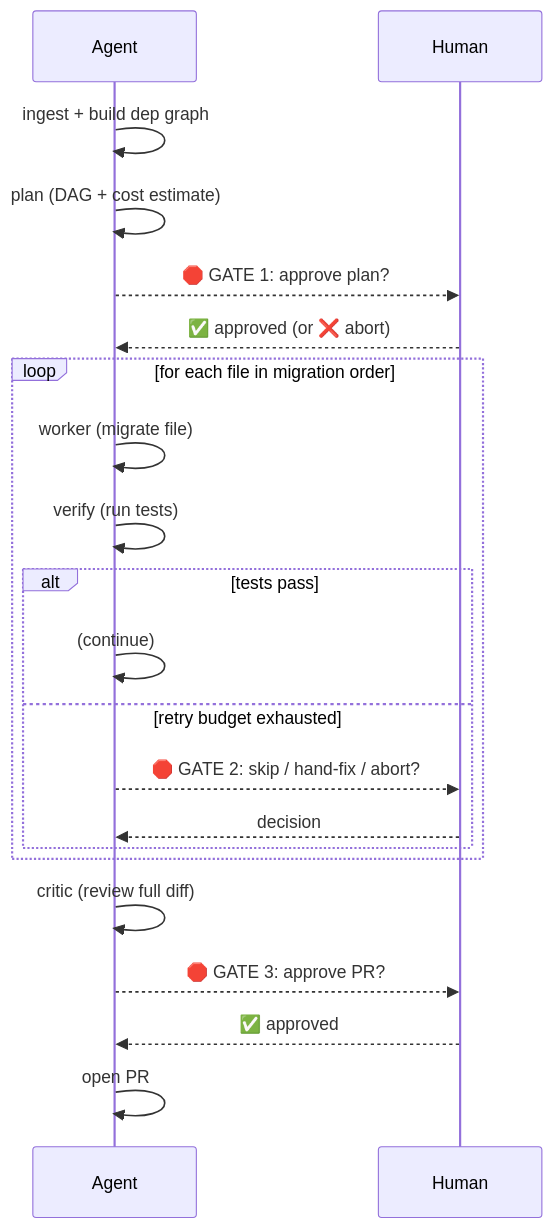
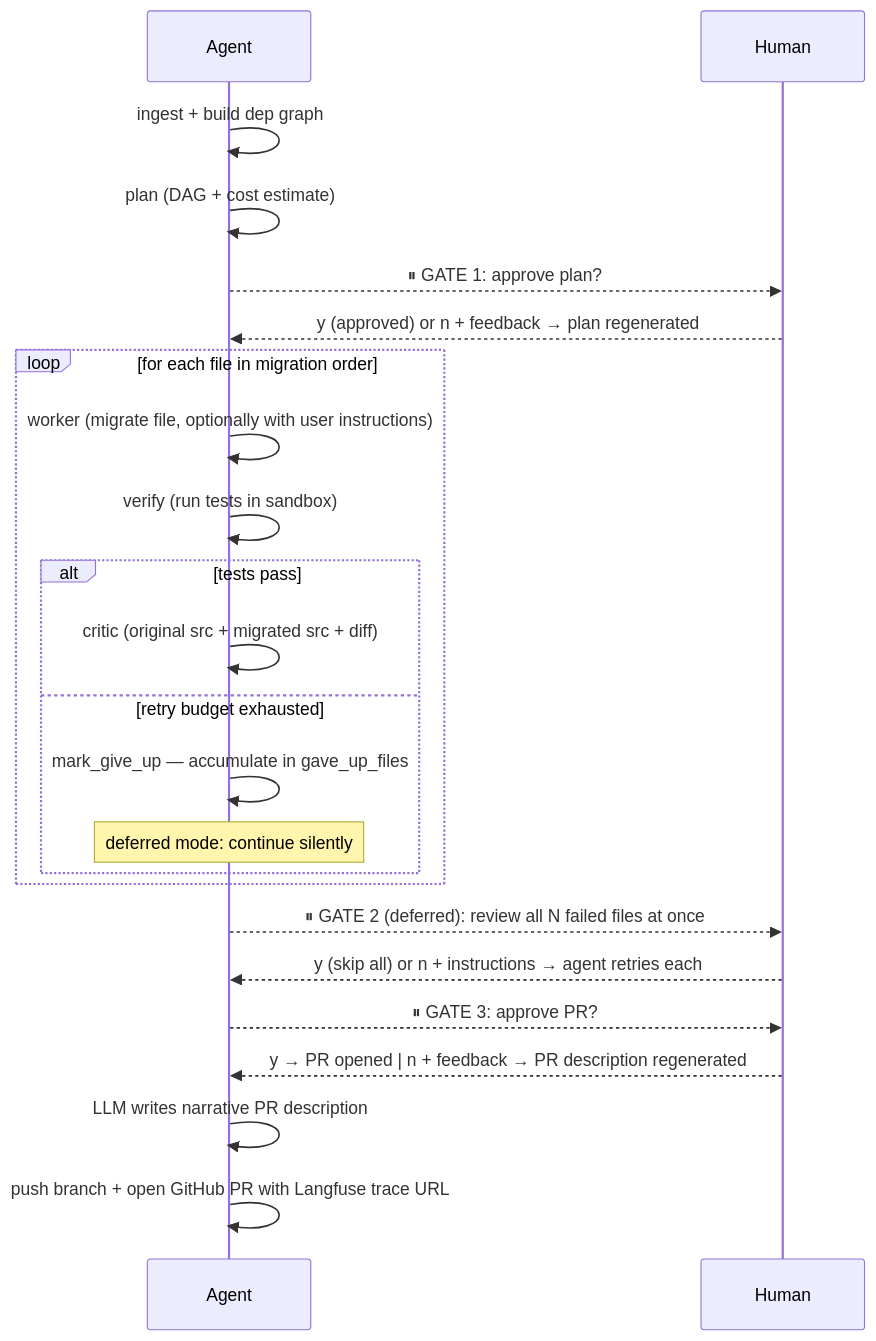
Before and after one commit to geogoesbeepboop/code-migration-agent: the second of 6 diagrams in docs/architecture.md, drawn with Mermaid. The commit also changed other lines of this file and 42 other files, not shown here.

````diff
--- a/docs/architecture.md
+++ b/docs/architecture.md
@@ -79,26 +86,29 @@
 ```mermaid
 sequenceDiagram
     participant Agent
     participant Human
 
     Agent->>Agent: ingest + build dep graph
     Agent->>Agent: plan (DAG + cost estimate)
-    Agent-->>Human: 🛑 GATE 1: approve plan?
-    Human-->>Agent: ✅ approved (or ❌ abort)
+    Agent-->>Human: ⏸ GATE 1: approve plan?
+    Human-->>Agent: y (approved) or n + feedback → plan regenerated
 
     loop for each file in migration order
-        Agent->>Agent: worker (migrate file)
-        Agent->>Agent: verify (run tests)
+        Agent->>Agent: worker (migrate file, optionally with user instructions)
+        Agent->>Agent: verify (run tests in sandbox)
         alt tests pass
-            Agent->>Agent: (continue)
+            Agent->>Agent: critic (original src + migrated src + diff)
         else retry budget exhausted
-            Agent-->>Human: 🛑 GATE 2: skip / hand-fix / abort?
-            Human-->>Agent: decision
+            Agent->>Agent: mark_give_up — accumulate in gave_up_files
+            Note over Agent: deferred mode: continue silently
         end
     end
 
-    Agent->>Agent: critic (review full diff)
-    Agent-->>Human: 🛑 GATE 3: approve PR?
-    Human-->>Agent: ✅ approved
-    Agent->>Agent: open PR
+    Agent-->>Human: ⏸ GATE 2 (deferred): review all N failed files at once
+    Human-->>Agent: y (skip all) or n + instructions → agent retries each
+
+    Agent-->>Human: ⏸ GATE 3: approve PR?
+    Human-->>Agent: y → PR opened  |  n + feedback → PR description regenerated
+    Agent->>Agent: LLM writes narrative PR description
+    Agent->>Agent: push branch + open GitHub PR with Langfuse trace URL
 ```
````
